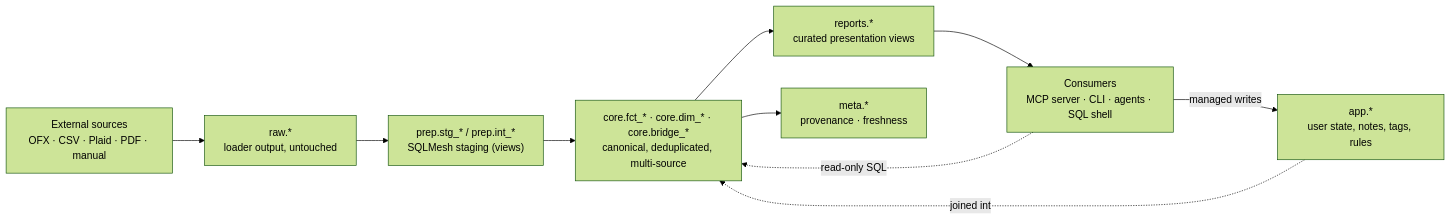
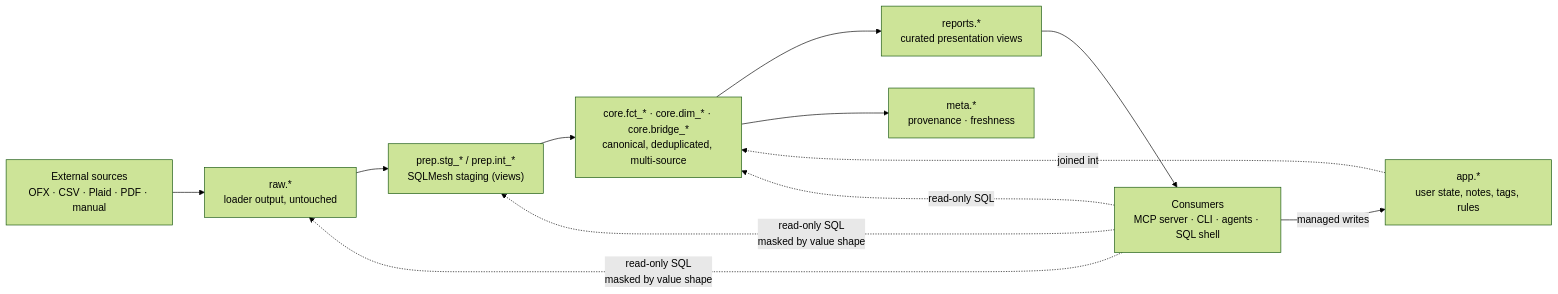
The diagram in docs/architecture.md (bsaffel/moneybin), drawn with Mermaid (forest theme) before and after one commit. The commit also changed other lines of this file and 15 other files, not shown here.

````diff
--- a/docs/architecture.md
+++ b/docs/architecture.md
@@ -22,17 +22,19 @@
 ```mermaid
 flowchart LR
   sources["External sources<br/>OFX · CSV · Plaid · PDF · manual"]
   raw["raw.*<br/>loader output, untouched"]
   prep["prep.stg_* / prep.int_*<br/>SQLMesh staging (views)"]
   core["core.fct_* · core.dim_* · core.bridge_*<br/>canonical, deduplicated, multi-source"]
   app["app.*<br/>user state, notes, tags, rules"]
   reports["reports.*<br/>curated presentation views"]
   meta["meta.*<br/>provenance · freshness"]
   consumers["Consumers<br/>MCP server · CLI · agents · SQL shell"]
 
   sources --> raw --> prep --> core --> reports --> consumers
   app -.joined into.-> core
   consumers -- managed writes --> app
   core --> meta
   consumers -. read-only SQL .-> core
+  consumers -. "read-only SQL<br/>masked by value shape" .-> raw
+  consumers -. "read-only SQL<br/>masked by value shape" .-> prep
 ```
````
